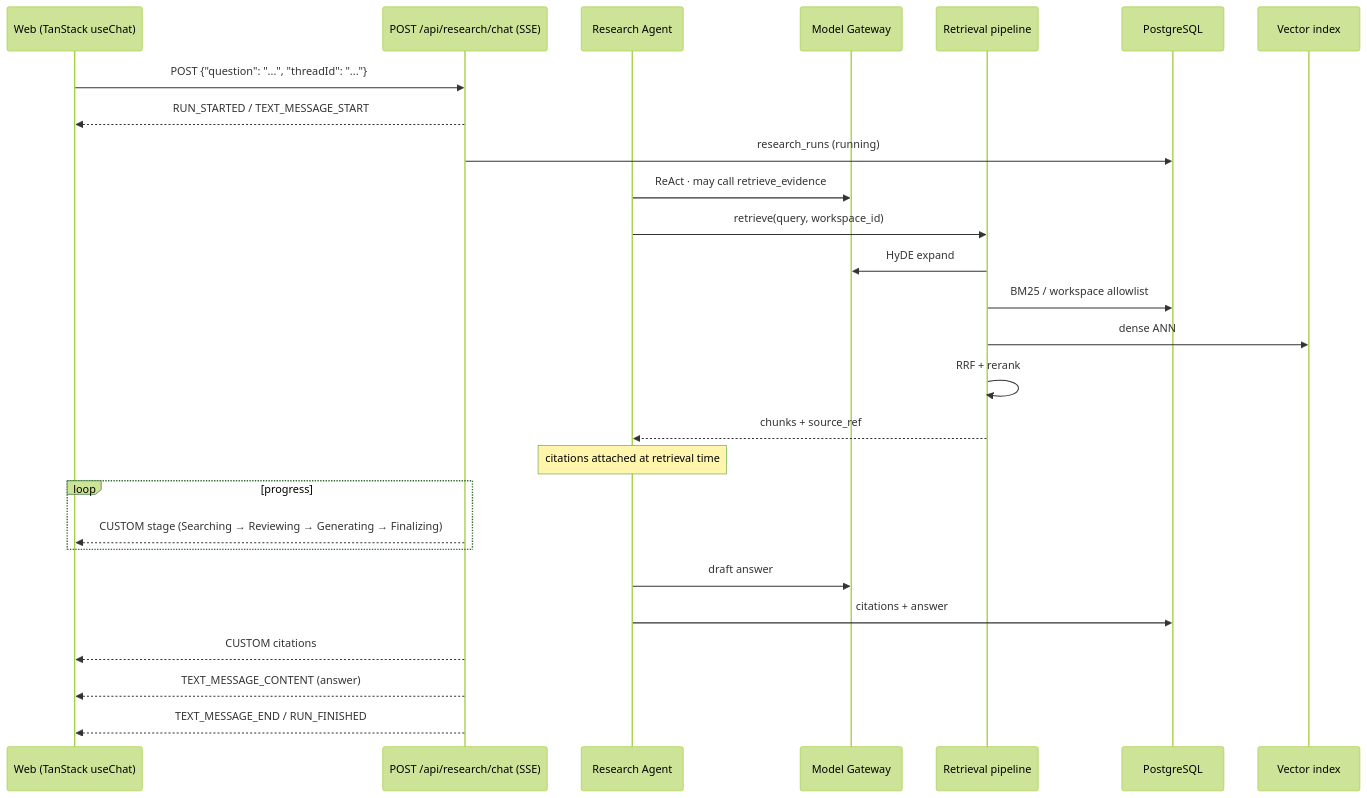
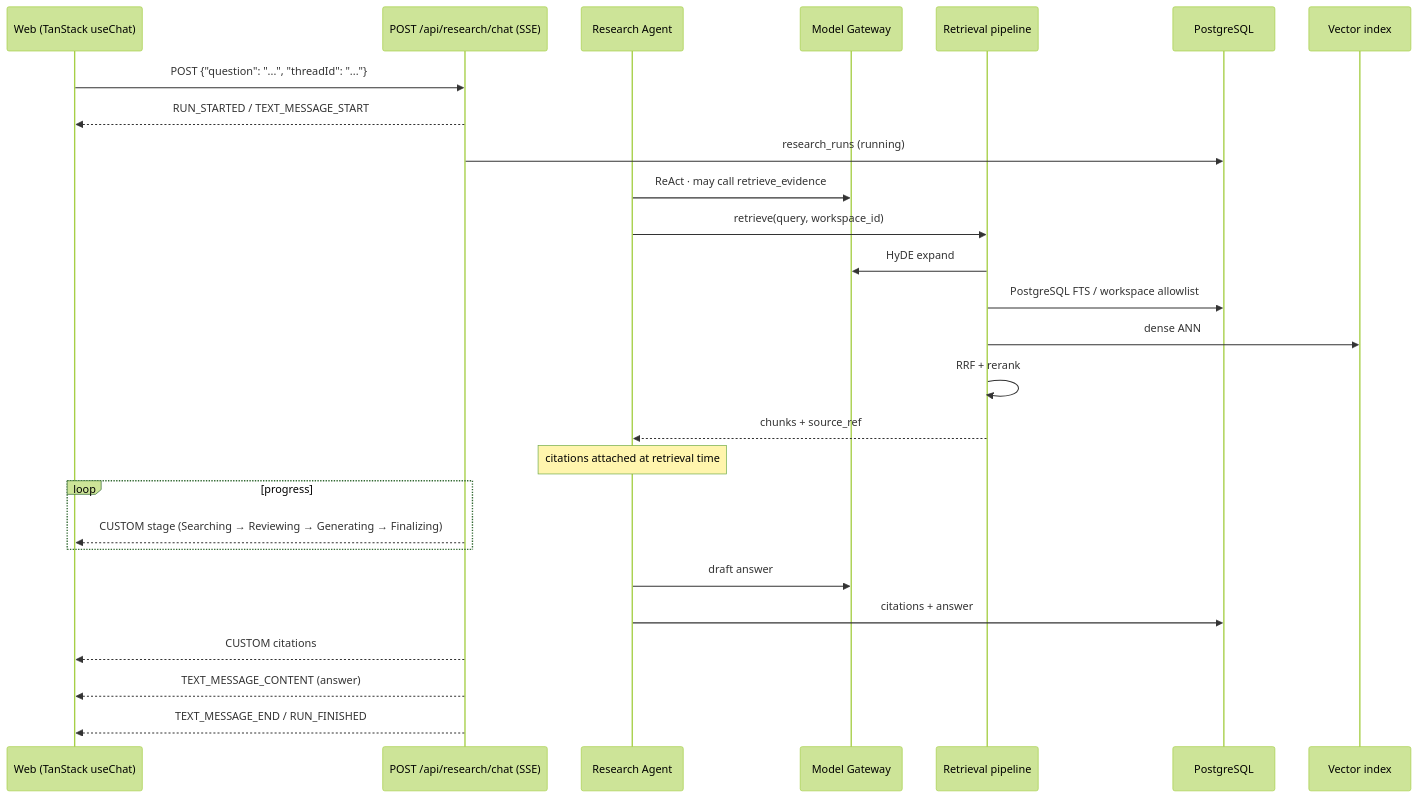
Before and after one commit to AmitxParmar/agentic-knowledge-base: the third of 4 diagrams in README.md, drawn with Mermaid (forest theme). The commit also changed other lines of this file and 4 other files, not shown here.

Commit message:
docs: update README/ROADMAP/AGENTS/SETUP terminology

````diff
--- a/README.md
+++ b/README.md
@@ -126,30 +126,30 @@
 ```mermaid
 sequenceDiagram
   participant UI as Web (TanStack useChat)
   participant API as POST /api/research/chat (SSE)
   participant AG as Research Agent
   participant MG as Model Gateway
   participant RET as Retrieval pipeline
   participant PG as PostgreSQL
   participant TV as Vector index
 
   UI->>API: POST {"question": "...", "threadId": "..."}
   API-->>UI: RUN_STARTED / TEXT_MESSAGE_START
   API->>PG: research_runs (running)
   AG->>MG: ReAct · may call retrieve_evidence
   AG->>RET: retrieve(query, workspace_id)
   RET->>MG: HyDE expand
-  RET->>PG: BM25 / workspace allowlist
+  RET->>PG: PostgreSQL FTS / workspace allowlist
   RET->>TV: dense ANN
   RET->>RET: RRF + rerank
   RET-->>AG: chunks + source_ref
   Note over AG: citations attached at retrieval time
   loop progress
     API-->>UI: CUSTOM stage (Searching → Reviewing → Generating → Finalizing)
   end
   AG->>MG: draft answer
   AG->>PG: citations + answer
   API-->>UI: CUSTOM citations
   API-->>UI: TEXT_MESSAGE_CONTENT (answer)
   API-->>UI: TEXT_MESSAGE_END / RUN_FINISHED
 ```
````
